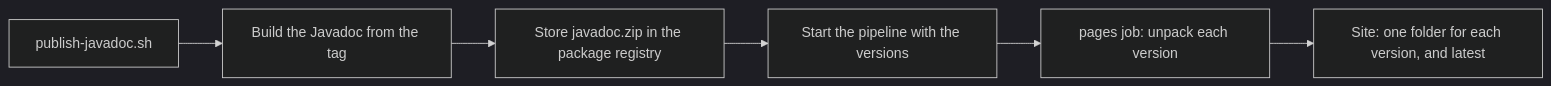
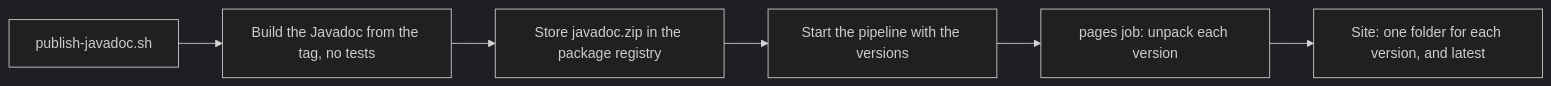
One commit to evanbergstrom/soliscode-test changed the diagram in docs/developer-guide/maintainers/ci-cd.md. Above: the diagram before and after it, drawn with Mermaid (dark theme). The commit also changed other lines of this file and 27 other files, not shown here.

````diff
--- a/docs/developer-guide/maintainers/ci-cd.md
+++ b/docs/developer-guide/maintainers/ci-cd.md
@@ -22,8 +22,8 @@
 ```mermaid
 flowchart LR
-    S[publish-javadoc.sh] --> B[Build the Javadoc from the tag]
+    S[publish-javadoc.sh] --> B[Build the Javadoc from the tag, no tests]
     B --> U[Store javadoc.zip in the package registry]
     U --> P[Start the pipeline with the versions]
     P --> J[pages job: unpack each version]
     J --> W[Site: one folder for each version, and latest]
 ```
````
